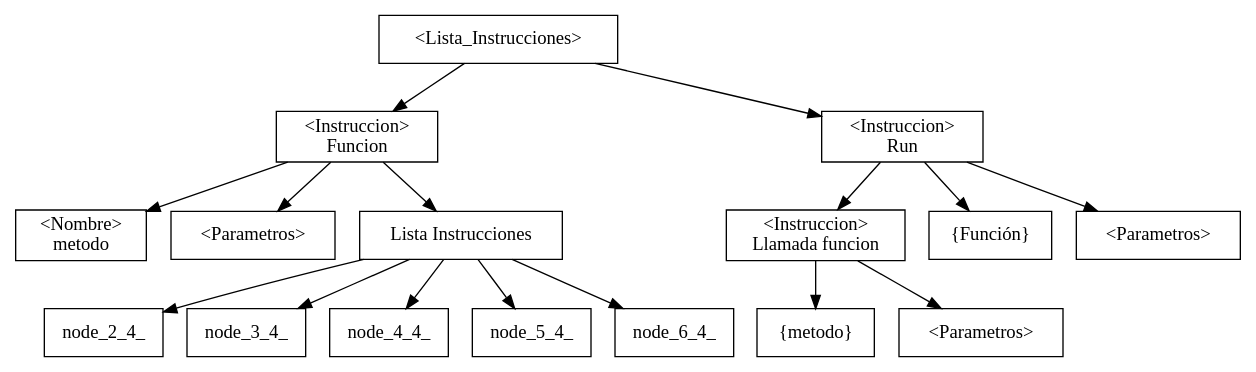
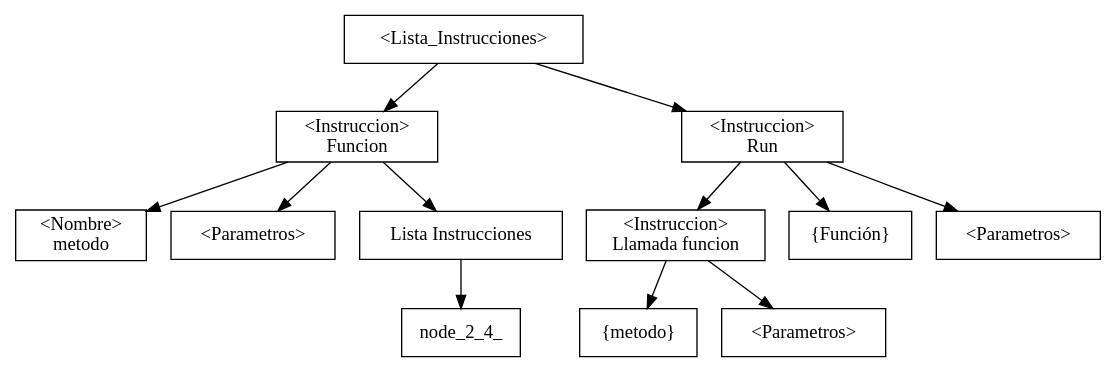
The diagram in Backend/Ts/ast.dot (LuisaMariaO/OLC1-proyecto2-202003381), drawn with Graphviz before and after one commit. The commit also changed 7 other files, not shown here.

```diff
--- a/Backend/Ts/ast.dot
+++ b/Backend/Ts/ast.dot
@@ -1,27 +1,27 @@
 digraph G {
 node[shape=box];nodeOriginal[label="<\Lista_Instrucciones\>"];nodeOriginal->node_1_0_;
         node_1_0_ [label="\<Instruccion\>\nFuncion"];
         node_1_0_1[label="\<Nombre\>\nmetodo"];
         node_1_0_2[label="\<Parametros\>"];
         node_1_0_->node_1_0_1;
         node_1_0_->node_1_0_2;
         node_1_0_->node_1_8_;
         
         node_1_8_[label="Lista Instrucciones"];        
-        node_1_8_->node_2_4_;node_1_8_->node_3_4_;node_1_8_->node_4_4_;node_1_8_->node_5_4_;node_1_8_->node_6_4_;nodeOriginal->node_8_0_;
-        node_8_4_ [label="\<Instruccion\>\nLlamada funcion"];
-        node_8_4_1 [label="{metodo}"];
-        node_8_4_2 [label="<\Parametros\>"];
-        node_8_4_->node_8_4_2;
-        node_8_4_->node_8_4_1;
+        node_1_8_->node_2_4_;nodeOriginal->node_4_0_;
+        node_4_4_ [label="\<Instruccion\>\nLlamada funcion"];
+        node_4_4_1 [label="{metodo}"];
+        node_4_4_2 [label="<\Parametros\>"];
+        node_4_4_->node_4_4_2;
+        node_4_4_->node_4_4_1;
         
-        node_8_0_ [label="\<Instruccion\>\nRun"];
-        node_8_0_1 [label="{Función}"];
-        node_8_0_2 [label="<\Parametros\>"];
-        node_8_0_->node_8_0_2;
-        node_8_0_->node_8_0_1;
-        node_8_0_->
-        node_8_4_ ;
+        node_4_0_ [label="\<Instruccion\>\nRun"];
+        node_4_0_1 [label="{Función}"];
+        node_4_0_2 [label="<\Parametros\>"];
+        node_4_0_->node_4_0_2;
+        node_4_0_->node_4_0_1;
+        node_4_0_->
+        node_4_4_ ;
         
         
 }
```
